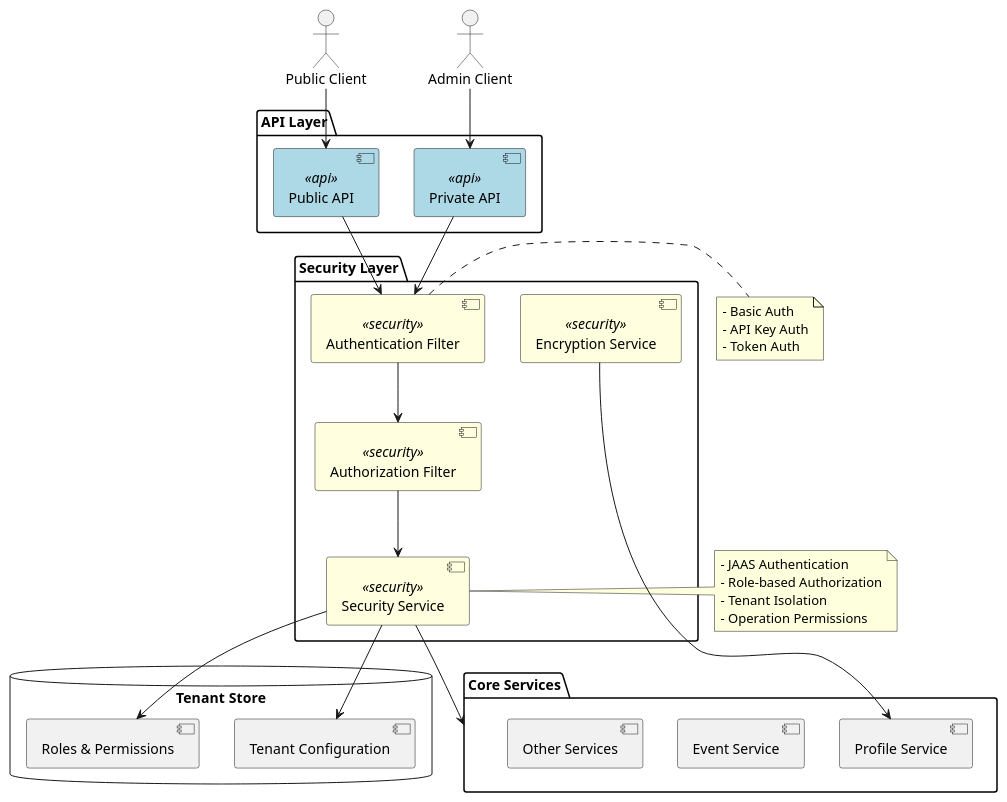
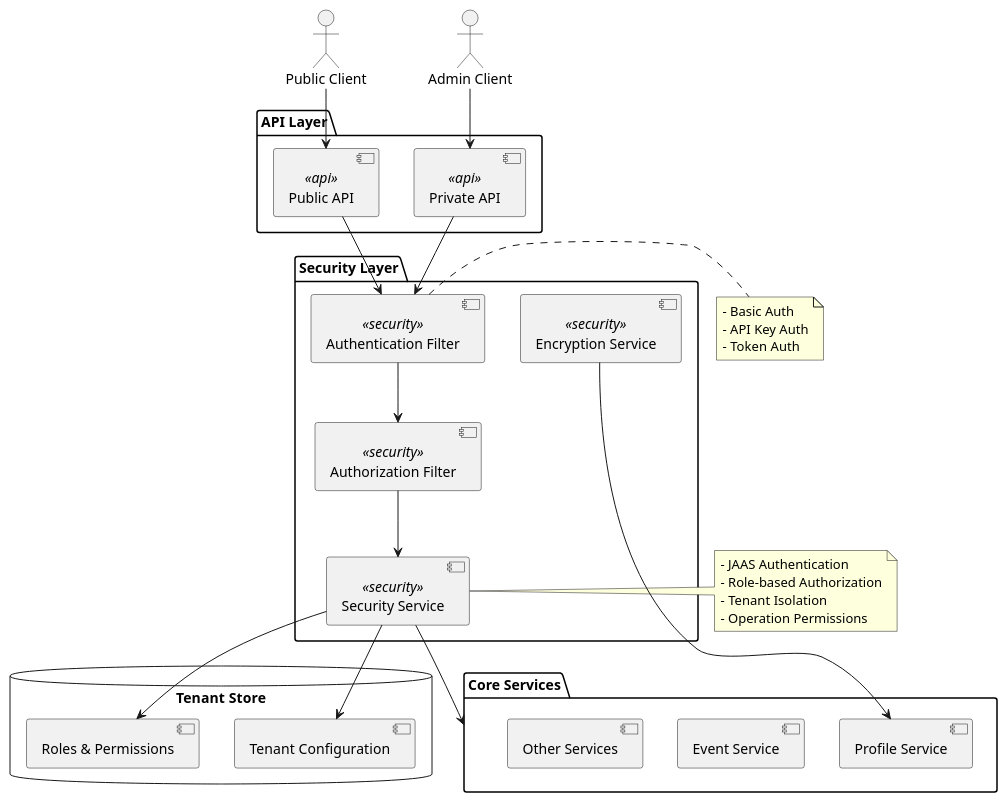
Before and after one commit to apache/unomi: the diagram in manual/src/main/asciidoc/security.adoc, drawn with PlantUML. The commit also changed 16 other files, not shown here.

First line of the commit message:
docs: brand PlantUML diagrams with Unomi theme colors

```diff
--- a/manual/src/main/asciidoc/security.adoc
+++ b/manual/src/main/asciidoc/security.adoc
@@ -17,64 +17,60 @@
 [plantuml]
 ----
 @startuml
 skinparam componentStyle uml2
-skinparam component {
-  BackgroundColor<<security>> LightYellow
-  BackgroundColor<<api>> LightBlue
-}
 
 package "Security Layer" {
   [Security Service] <<security>>
   [Authentication Filter] <<security>>
   [Authorization Filter] <<security>>
   [Encryption Service] <<security>>
 }
 
 package "API Layer" {
   [Public API] <<api>>
   [Private API] <<api>>
 }
 
 package "Core Services" {
   [Profile Service]
   [Event Service]
   [Other Services]
 }
 
 actor "Public Client" as public
 actor "Admin Client" as admin
 
 database "Tenant Store" {
   [Tenant Configuration]
   [Roles & Permissions]
 }
 
 public --> [Public API]
 admin --> [Private API]
 
 [Public API] --> [Authentication Filter]
 [Private API] --> [Authentication Filter]
 
 [Authentication Filter] --> [Authorization Filter]
 [Authorization Filter] --> [Security Service]
 [Security Service] --> [Tenant Configuration]
 [Security Service] --> [Roles & Permissions]
 
 [Security Service] --> [Core Services]
 [Encryption Service] --> [Profile Service]
 
 note right of [Security Service]
   - JAAS Authentication
   - Role-based Authorization
   - Tenant Isolation
   - Operation Permissions
 end note
 
 note right of [Authentication Filter]
   - Basic Auth
   - API Key Auth
   - Token Auth
 end note
 
 @enduml
 ----
```
